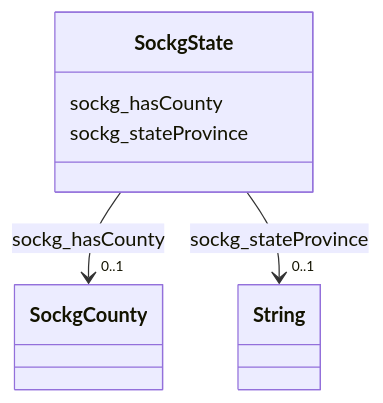
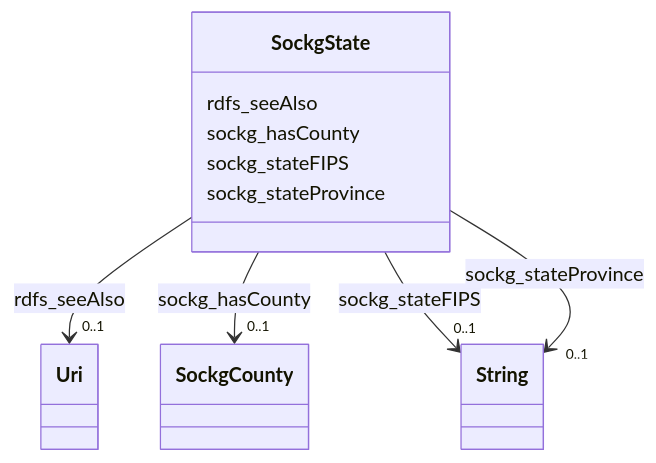
The diagram in soc-kg/classes/SockgState.md (frink-okn/graph-descriptions), drawn with Mermaid before and after one commit. The commit also changed other lines of this file and 941 other files, not shown here.

````diff
--- a/soc-kg/classes/SockgState.md
+++ b/soc-kg/classes/SockgState.md
@@ -19,24 +23,42 @@
 ```mermaid
  classDiagram
     class SockgState
     click SockgState href "../SockgState"
+      SockgState : rdfs_seeAlso
+        
+          
+    
+    
+    SockgState --> "0..1" Uri : rdfs_seeAlso
+    click Uri href "../Uri"
+
+        
       SockgState : sockg_hasCounty
         
           
     
     
     SockgState --> "0..1" SockgCounty : sockg_hasCounty
     click SockgCounty href "../SockgCounty"
+
+        
+      SockgState : sockg_stateFIPS
+        
+          
+    
+    
+    SockgState --> "0..1" String : sockg_stateFIPS
+    click String href "../String"
 
         
       SockgState : sockg_stateProvince
         
           
     
     
     SockgState --> "0..1" String : sockg_stateProvince
     click String href "../String"
 
         
       
 ```
````
